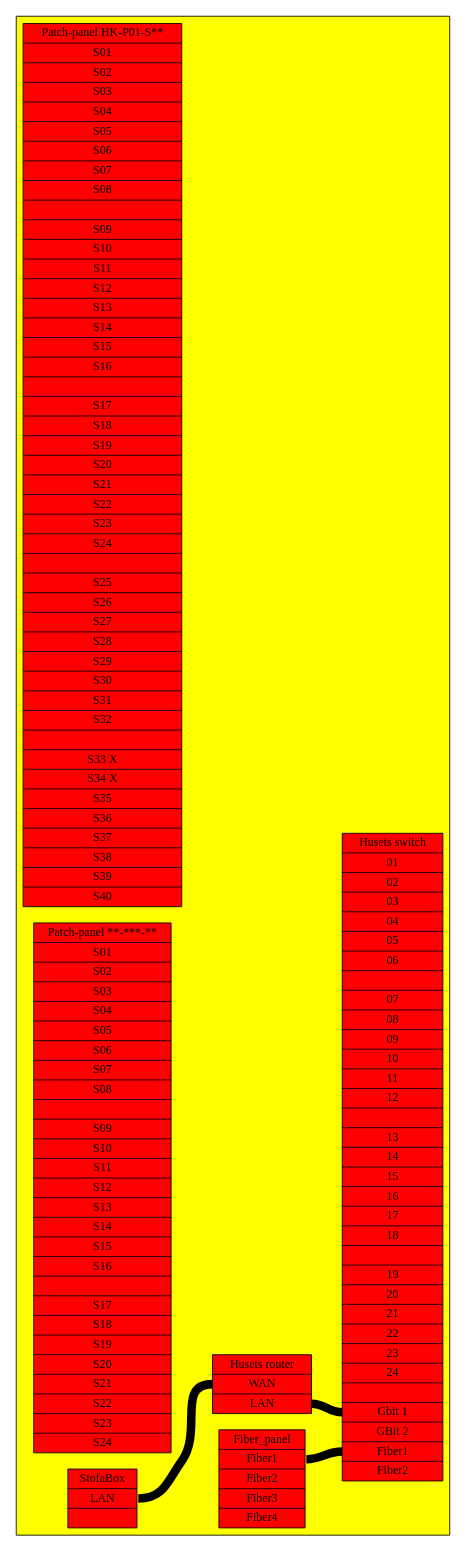
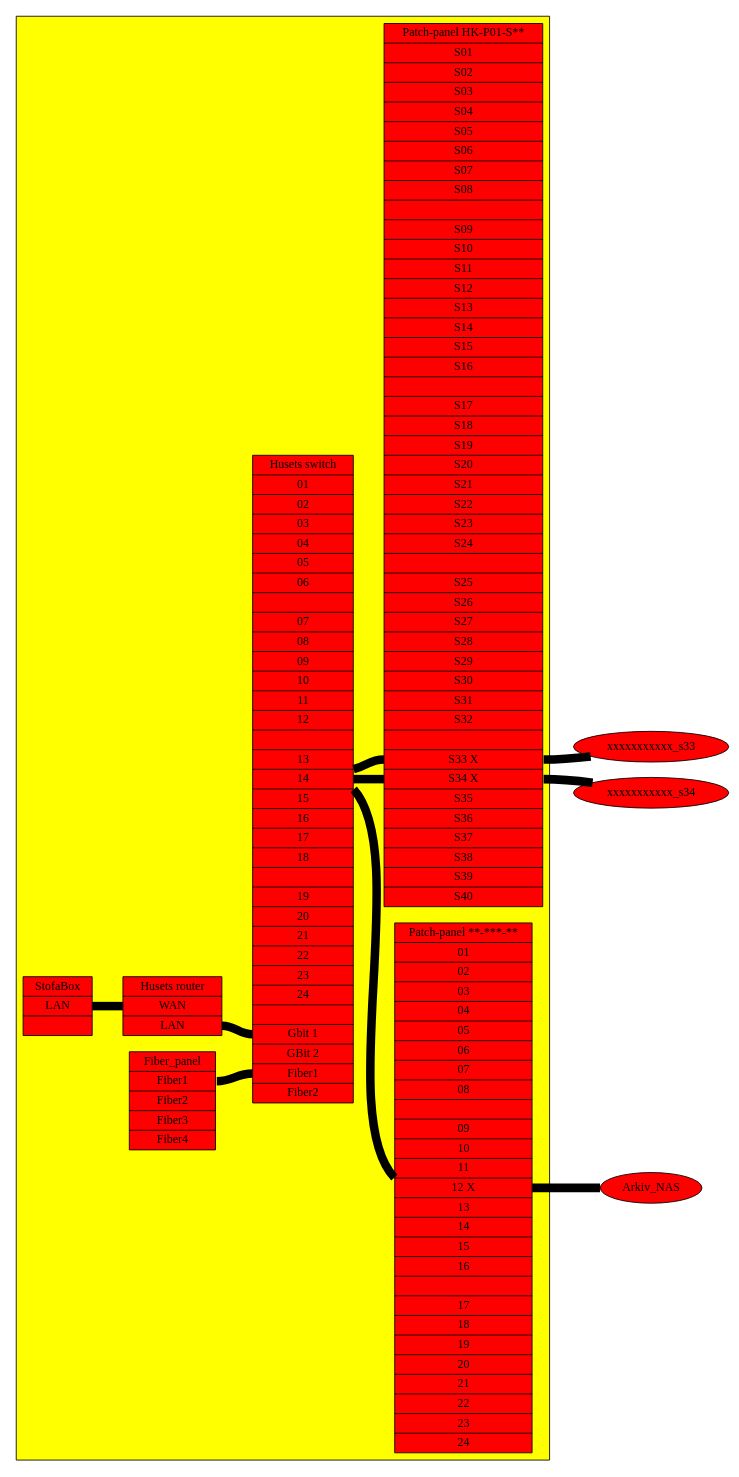
Before and after one commit to alslug/alslug.dk: the diagram in projekter/bakkensbro-network.dot, drawn with Graphviz.

```diff
--- a/projekter/bakkensbro-network.dot
+++ b/projekter/bakkensbro-network.dot
@@ -1,56 +1,59 @@
 digraph xxx {
   rankdir=LR;
 
   node [ style=filled fillcolor=red ];
   subgraph cluster_bib {
     style=filled;
     fillcolor=yellow;
     
     HK_PO1 [ shape=record label="
       Patch-panel HK-P01-S**  |
       <S01> S01                       | <S02> S02                       | <S03> S03                       | <S04> S04                       |
       <S05> S05                       | <S06> S06                       | <S07> S07                       | <S08> S08                       | |
       <S09> S09                       | <S10> S10                       | <S11> S11                       | <S12> S12                       |
       <S13> S13                       | <S14> S14                       | <S15> S15                       | <S16> S16                       | |
       <S17> S17                       | <S18> S18                       | <S19> S19                       | <S20> S20                       |
       <S21> S21                       | <S22> S22                       | <S23> S23                       | <S24> S24                       | |
       <S25> S25                       | <S26> S26                       | <S27> S27                       | <S28> S28                       |
       <S29> S29                       | <S30> S30                       | <S31> S31                       | <S32> S32                       | |
       <S33> S33 X                     | <S34> S34 X                     | <S35> S35                       | <S36> S36                       |
       <S37> S37                       | <S38> S38                       | <S39> S39                       | <S40> S40                       "];
     Patch_panel [ shape=record label="
       Patch-panel **-***-**  |
-      <S01> S01                       | <S02> S02                       | <S03> S03                       | <S04> S04                       |
-      <S05> S05                       | <S06> S06                       | <S07> S07                       | <S08> S08                       | |
-      <S09> S09                       | <S10> S10                       | <S11> S11                       | <S12> S12                       |
-      <S13> S13                       | <S14> S14                       | <S15> S15                       | <S16> S16                       | |
-      <S17> S17                       | <S18> S18                       | <S19> S19                       | <S20> S20                       |
-      <S21> S21                       | <S22> S22                       | <S23> S23                       | <S24> S24                       "];
+      <01> 01                       | <02> 02                       | <03> 03                       | <S4> 04                       |
+      <05> 05                       | <06> 06                       | <07> 07                       | <S8> 08                       | |
+      <09> 09                       | <10> 10                       | <11> 11                       | <S2> 12 X                     |
+      <13> 13                       | <14> 14                       | <15> 15                       | <S6> 16                       | |
+      <17> 17                       | <18> 18                       | <19> 19                       | <S0> 20                       |
+      <21> 21                       | <22> 22                       | <23> 23                       | <S4> 24                       "];
     Husets_switch [ shape=record label="
       Husets switch   |
       <01> 01 | <02> 02 | <03> 03 | <04> 04 | <05> 05 | <06> 06 ||
       <07> 07 | <08> 08 | <09> 09 | <10> 10 | <11> 11 | <12> 12 ||
       <13> 13 | <14> 14 | <15> 15 | <16> 16 | <17> 17 | <18> 18 ||
       <19> 19 | <20> 20 | <21> 21 | <22> 22 | <23> 23 | <24> 24 ||
       <G1> Gbit 1 | <G2> GBit 2 | <Fiber1> Fiber1 | <Fiber2> Fiber2
       "];
     Fiber_panel [ shape=record label="
       Fiber_panel       |
       <Fiber1> Fiber1                 |
       <Fiber2> Fiber2                 |
       <Fiber3> Fiber3                 |
       <Fiber4> Fiber4                 "];
     StofaBox [ shape=record label="
       StofaBox      |
       <lan> LAN     |
       "];
     Husets_router [ shape=record label="
       Husets router |
       <wan> WAN     |
       <lan> LAN     "];
   }
   edge [ dir=none penwidth=10 ];
   StofaBox:lan -> Husets_router:wan;
   Husets_router:lan -> Husets_switch:G1;
+                       Husets_switch:1  -> HK_PO1:S33 -> xxxxxxxxxxx_s33;
+                       Husets_switch:2  -> HK_PO1:S34 -> xxxxxxxxxxx_s34;
+                       Husets_switch:3  -> Patch_panel:12 -> Arkiv_NAS;
   Fiber_panel:Fiber1 -> Husets_switch:Fiber1
 }
```
